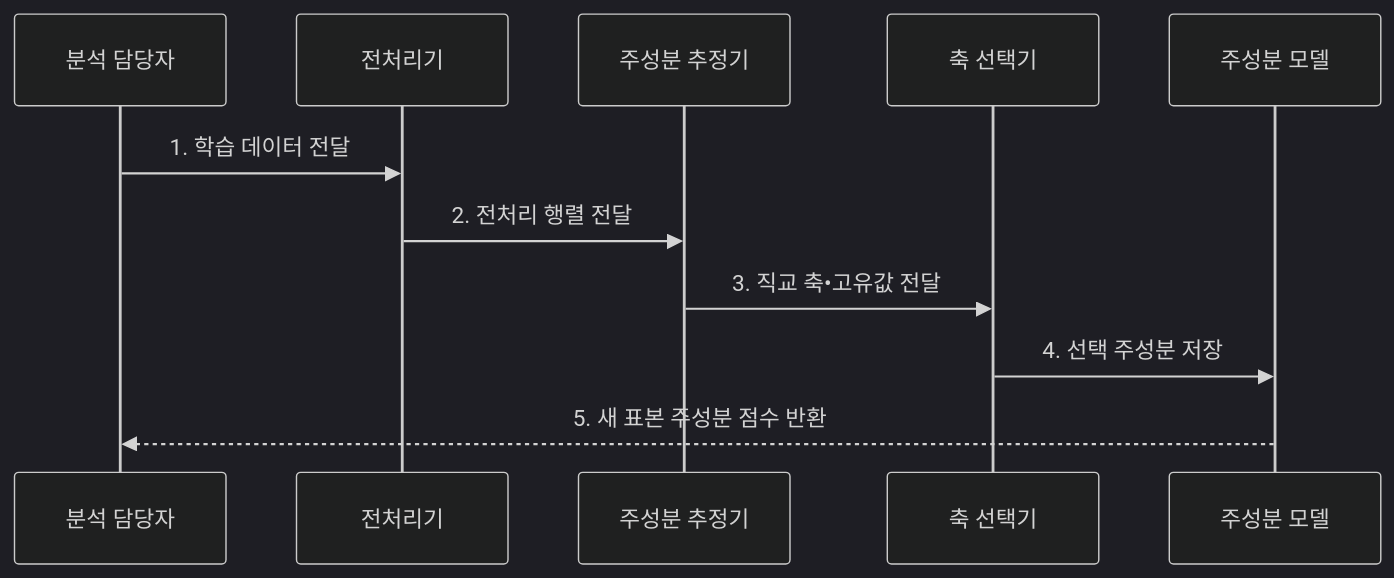
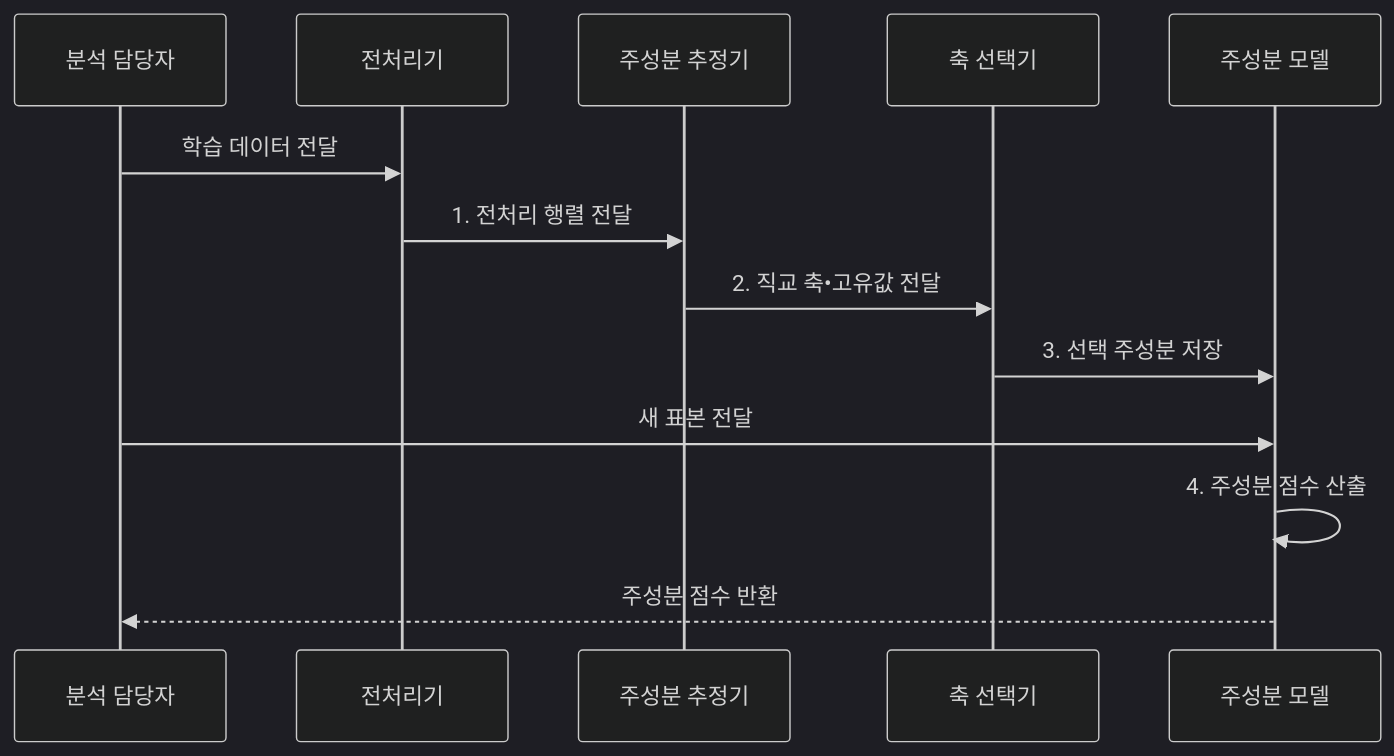
One commit to agnusdei1207/knowledge-base changed the second of 2 diagrams in src/content/docs/notes/01-basic-theory/036_pca.md. Above: the diagram before and after it, drawn with Mermaid (dark theme). The commit also changed other lines of this file and 20 other files, not shown here.

````diff
--- a/src/content/docs/notes/01-basic-theory/036_pca.md
+++ b/src/content/docs/notes/01-basic-theory/036_pca.md
@@ -89,13 +89,15 @@
 ```mermaid
 sequenceDiagram
     participant A as 분석 담당자
     participant T as 전처리기
     participant E as 주성분 추정기
     participant K as 축 선택기
     participant M as 주성분 모델
-    A->>T: 1. 학습 데이터 전달
-    T->>E: 2. 전처리 행렬 전달
-    E->>K: 3. 직교 축•고유값 전달
-    K->>M: 4. 선택 주성분 저장
-    M-->>A: 5. 새 표본 주성분 점수 반환
+    A->>T: 학습 데이터 전달
+    T->>E: 1. 전처리 행렬 전달
+    E->>K: 2. 직교 축•고유값 전달
+    K->>M: 3. 선택 주성분 저장
+    A->>M: 새 표본 전달
+    M->>M: 4. 주성분 점수 산출
+    M-->>A: 주성분 점수 반환
 ```
````
